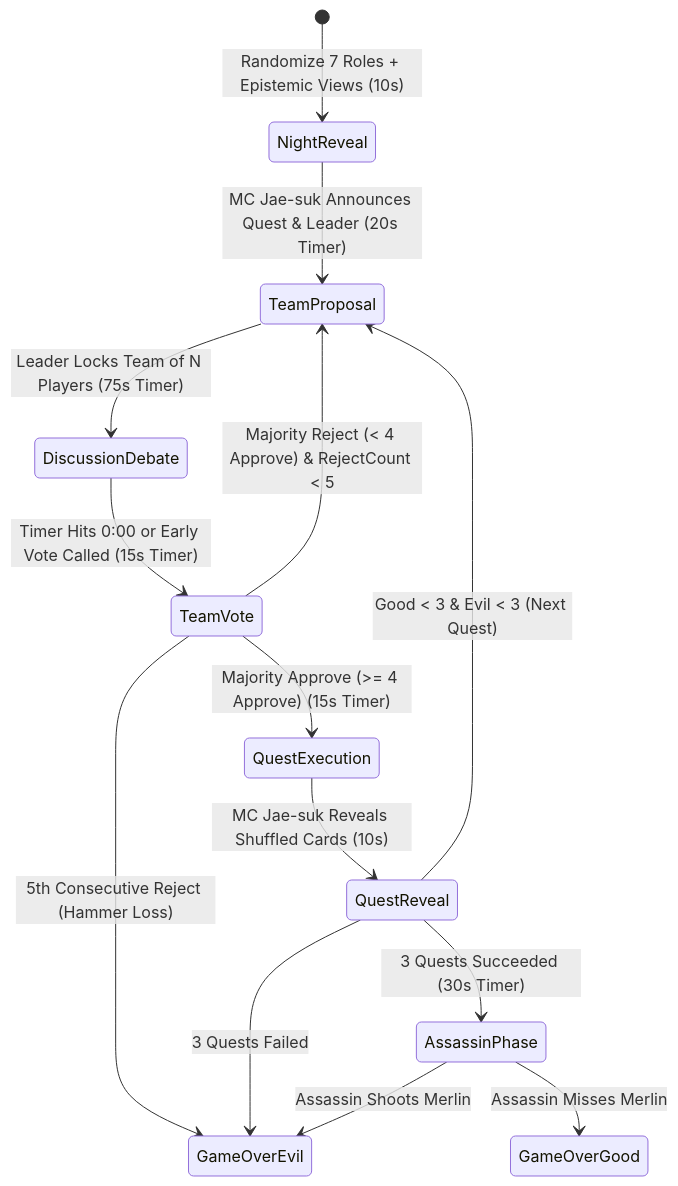
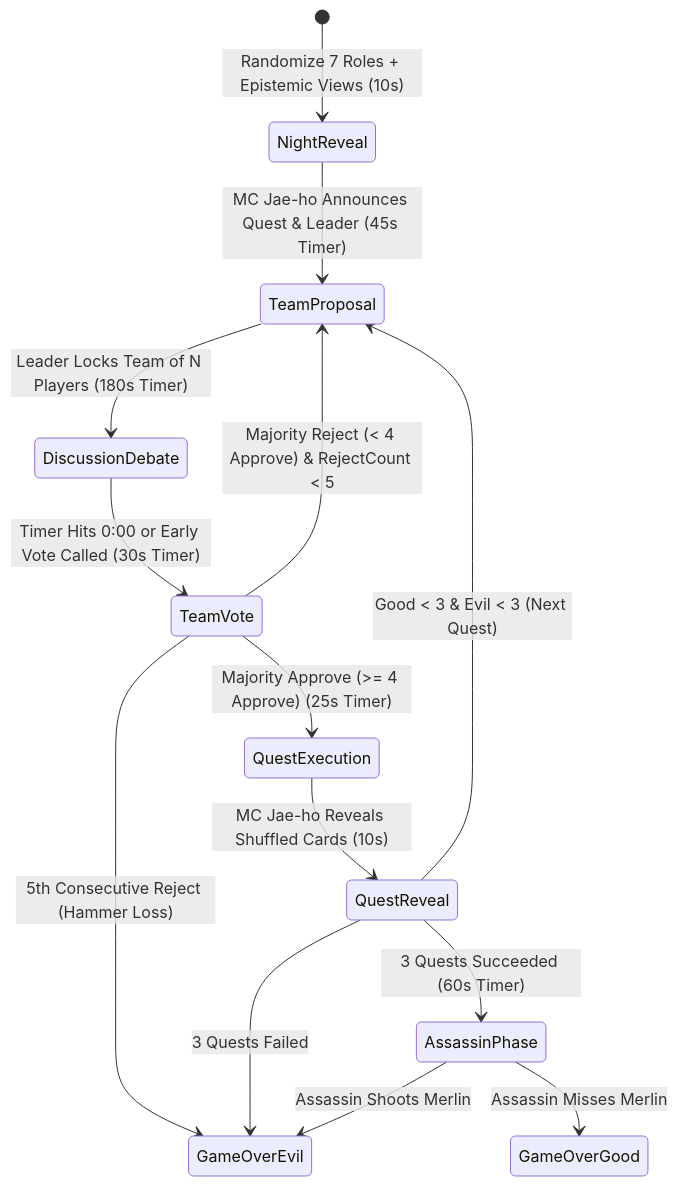
Before and after one commit to choongchoongee-star/mafia: the diagram in docs/spec-core.md, drawn with Mermaid. The commit also changed other lines of this file and 5 other files, not shown here.

````diff
--- a/docs/spec-core.md
+++ b/docs/spec-core.md
@@ -90,16 +90,16 @@
 ```mermaid
 stateDiagram-v2
     [*] --> NightReveal : Randomize 7 Roles + Epistemic Views (10s)
-    NightReveal --> TeamProposal : MC Jae-suk Announces Quest & Leader (20s Timer)
-    TeamProposal --> DiscussionDebate : Leader Locks Team of N Players (75s Timer)
-    DiscussionDebate --> TeamVote : Timer Hits 0:00 or Early Vote Called (15s Timer)
+    NightReveal --> TeamProposal : MC Jae-ho Announces Quest & Leader (45s Timer)
+    TeamProposal --> DiscussionDebate : Leader Locks Team of N Players (180s Timer)
+    DiscussionDebate --> TeamVote : Timer Hits 0:00 or Early Vote Called (30s Timer)
     TeamVote --> TeamProposal : Majority Reject (< 4 Approve) & RejectCount < 5
     TeamVote --> GameOverEvil : 5th Consecutive Reject (Hammer Loss)
-    TeamVote --> QuestExecution : Majority Approve (>= 4 Approve) (15s Timer)
-    QuestExecution --> QuestReveal : MC Jae-suk Reveals Shuffled Cards (10s)
+    TeamVote --> QuestExecution : Majority Approve (>= 4 Approve) (25s Timer)
+    QuestExecution --> QuestReveal : MC Jae-ho Reveals Shuffled Cards (10s)
     QuestReveal --> TeamProposal : Good < 3 & Evil < 3 (Next Quest)
     QuestReveal --> GameOverEvil : 3 Quests Failed
-    QuestReveal --> AssassinPhase : 3 Quests Succeeded (30s Timer)
+    QuestReveal --> AssassinPhase : 3 Quests Succeeded (60s Timer)
     AssassinPhase --> GameOverEvil : Assassin Shoots Merlin
     AssassinPhase --> GameOverGood : Assassin Misses Merlin
 ```
````
